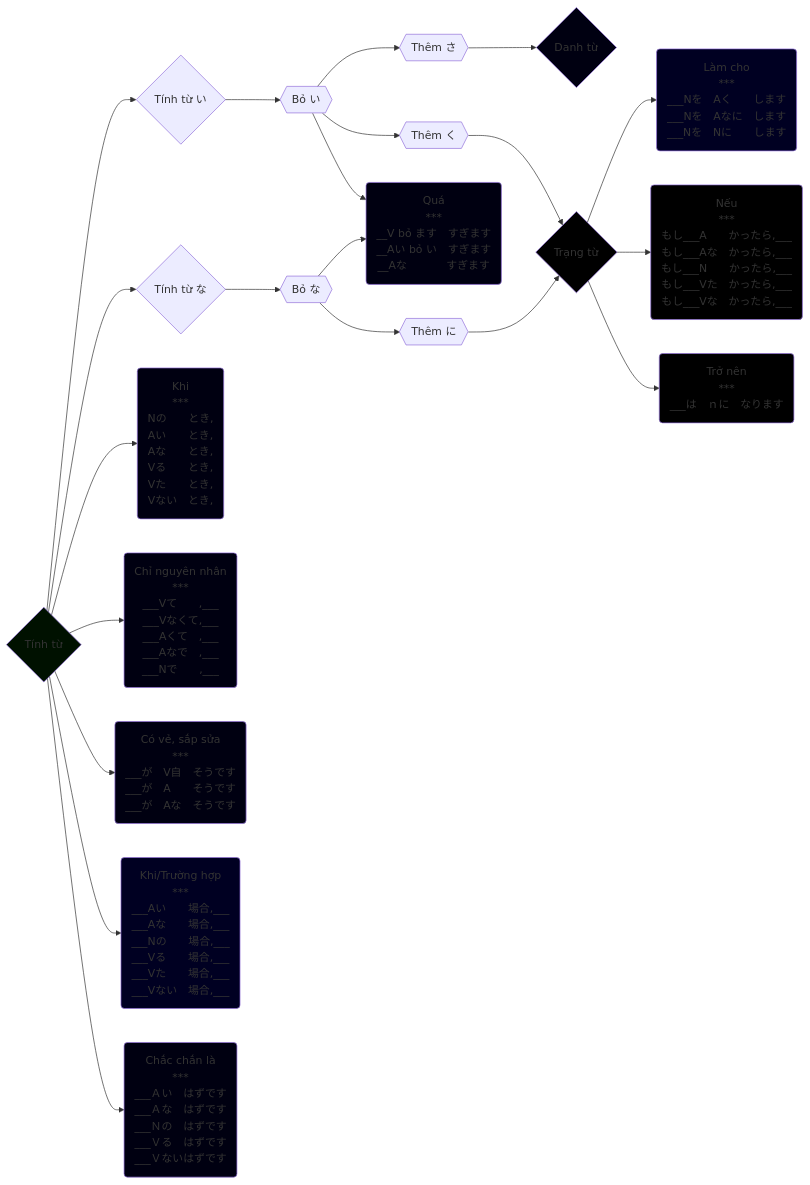
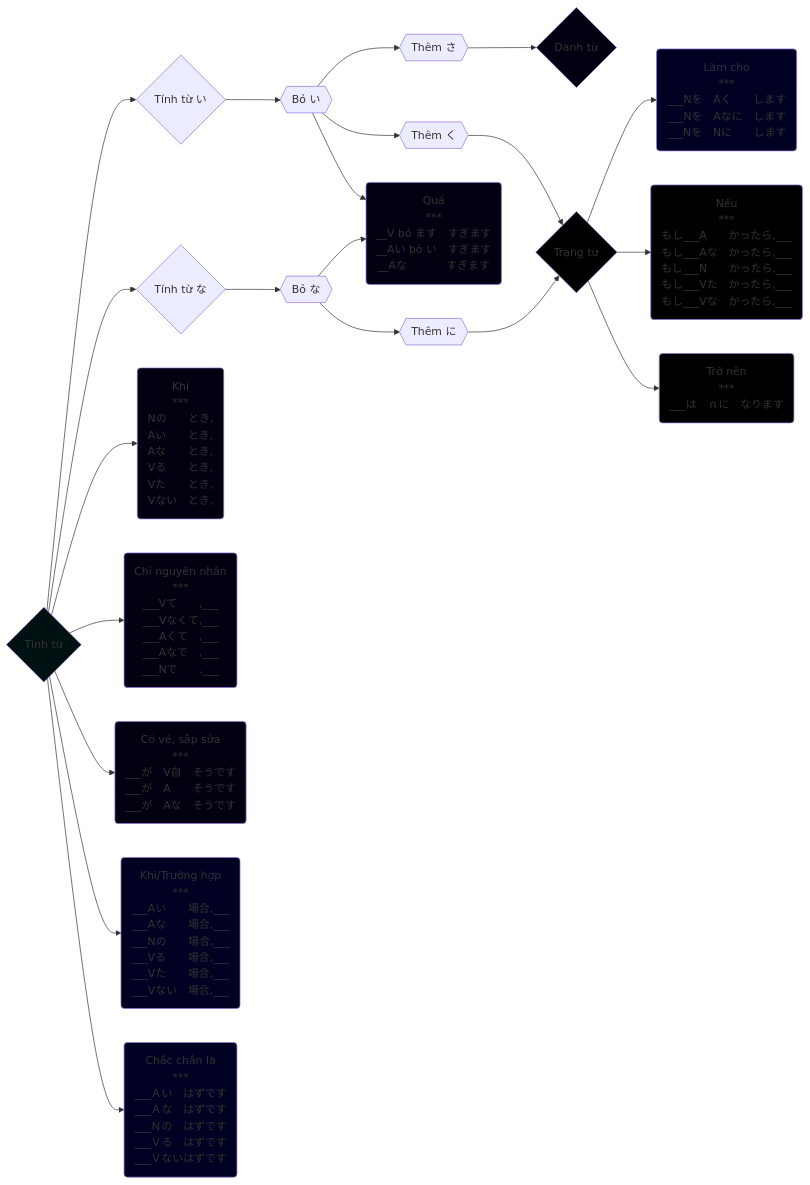
Before and after one commit to tea1504/learn: the diagram in Tinh_Tu_graph.md, drawn with Mermaid. The commit also changed 7 other files, not shown here.

````diff
--- a/Tinh_Tu_graph.md
+++ b/Tinh_Tu_graph.md
@@ -1,36 +1,36 @@
 ```mermaid
 graph LR;
     A{Tính từ}
 
     A-->Ai{Tính từ い}
     A-->Ana{Tính từ な}
 
     Ai-->boI{{Bỏ い}}-->themSa{{Thêm さ}}-->N{Danh từ}
     boI-->themKu{{Thêm く}}-->Adv{Trạng từ}
     A-->khi(Khi\n***\nNの　　とき,\nAい　　とき,\nAな　　とき,\nVる　　とき,\nVた　　とき,\nVない　とき,)
     A-->chiNguyenNhan(Chỉ nguyên nhân\n***\n___Vて　　,___\n___Vなくて,___\n___Aくて　,___\n___Aなで　,___\n___Nで　　,___)
     A-->coVeSapSua(Có vẻ, sắp sửa\n***\n___が　V自　そうです\n___が　A　　そうです\n___が　Aな　そうです)
     boI-->qua(Quá\n***\n__V bỏ ます　すぎます\n__Aい bỏ い　すぎます\n__Aな 　　 　すぎます)
     Ana-->boNa{{Bỏ な}}
     boNa-->qua
     boNa-->themNi{{Thêm に}}-->Adv{Trạng từ}
     Adv-->lamCho(Làm cho\n***\n___Nを　Aく　　します\n___Nを　Aなに　します\n___Nを　Nに　　します)
     A-->truongHop(Khi/Trường hợp\n***\n___Aい　　場合,___\n___Aな　　場合,___\n___Nの　　場合,___\n___Vる　　場合,___\n___Vた　　場合,___\n___Vない　場合,___)
     Adv-->neu(Nếu\n***\nもし___A　　かったら,___\nもし___Aな　かったら,___\nもし___N　　かったら,___\nもし___Vた　かったら,___\nもし___Vな　かったら,___)
     Adv-->troNen(Trở nên\n***\n___は　ｎに　なります)
     A-->chacChanLa(Chắc chắn là\n***\n___Ａい　はずです\n___Ａな　はずです\n___Ｎの　はずです\n___Ｖる　はずです\n___Ｖないはずです)
 
-    style A fill:#010
+    style A fill:#011
     style Adv fill:#000
-    style chacChanLa fill:#001
+    style chacChanLa fill:#002
     style chiNguyenNhan fill:#001
     style coVeSapSua fill:#000
     style coVeSapSua fill:#001
     style khi fill:#001
     style lamCho fill:#002
     style N fill:#001
     style neu fill:#000
     style qua fill:#001
     style troNen fill:#000
     style truongHop fill:#002
 ```
````
